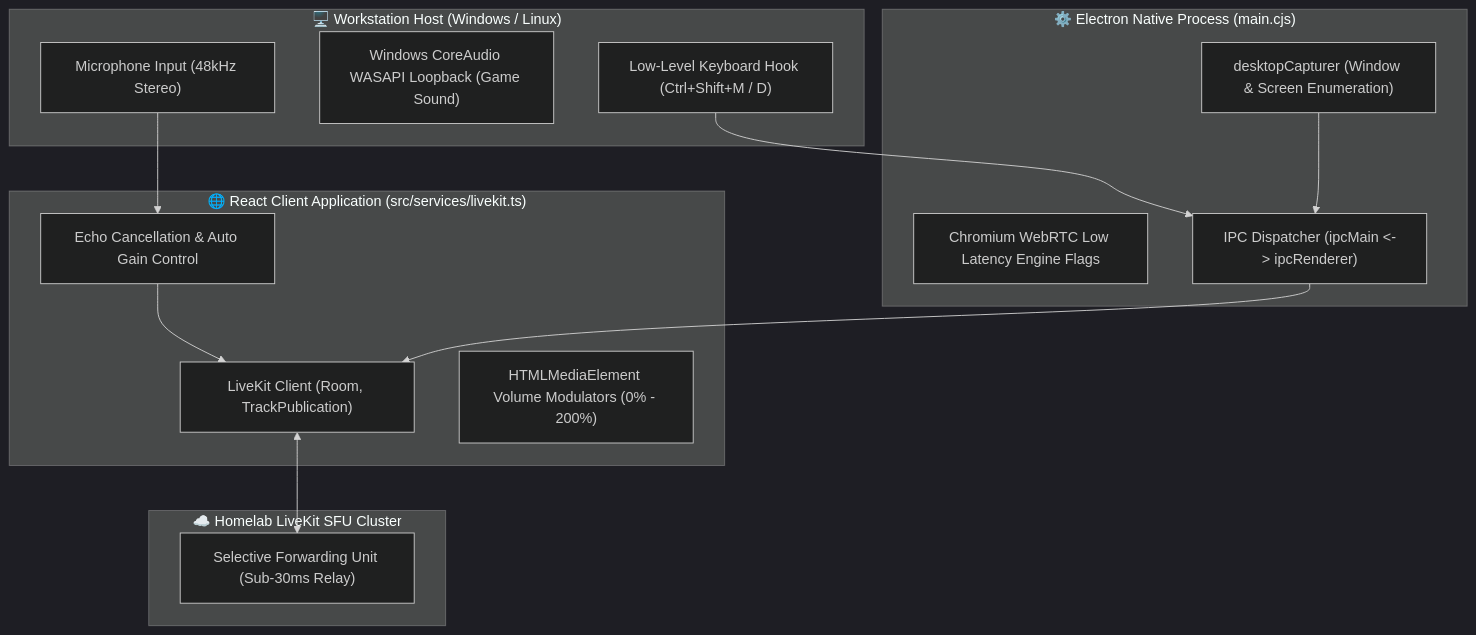
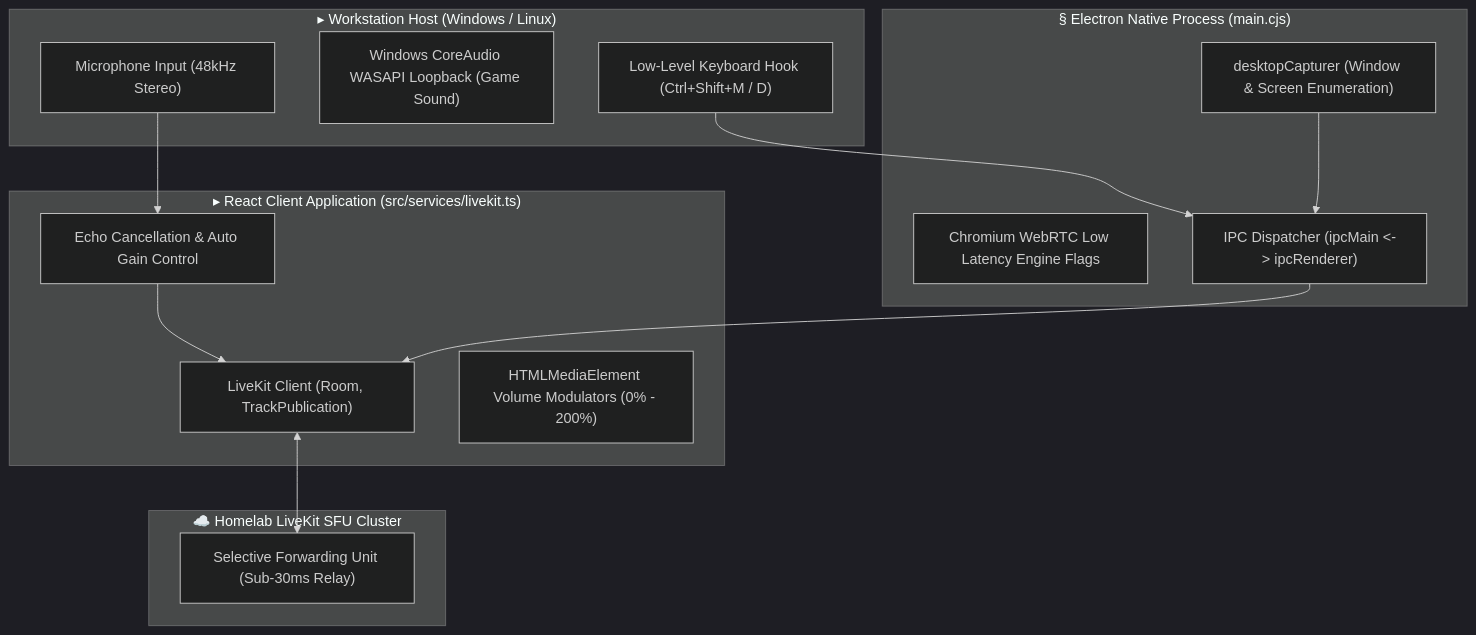
The diagram in docs/apps/protutechchat/integrations.md (IAndrexI/documentation), drawn with Mermaid (dark theme) before and after one commit. The commit also changed other lines of this file and 40 other files, not shown here.

Commit message:
feat: hide git stars/branches, collapse subcategories until tab selected, add high-res architecture SVG, auto-update script, basic monochrome glyphs, and line-by-line recreation blueprints with summaries

````diff
--- a/docs/apps/protutechchat/integrations.md
+++ b/docs/apps/protutechchat/integrations.md
@@ -7,31 +7,31 @@
 ```mermaid
 graph TD
-    subgraph HostSystem["🖥️ Workstation Host (Windows / Linux)"]
+    subgraph HostSystem["▸ Workstation Host (Windows / Linux)"]
         Mic["Microphone Input (48kHz Stereo)"]
         AudioLoopback["Windows CoreAudio WASAPI Loopback (Game Sound)"]
         KeyHook["Low-Level Keyboard Hook (Ctrl+Shift+M / D)"]
     end
 
-    subgraph ElectronHost["⚙️ Electron Native Process (main.cjs)"]
+    subgraph ElectronHost["§ Electron Native Process (main.cjs)"]
         Flags["Chromium WebRTC Low Latency Engine Flags"]
         Capturer["desktopCapturer (Window & Screen Enumeration)"]
         IPC["IPC Dispatcher (ipcMain <-> ipcRenderer)"]
         
         KeyHook --> IPC
         Capturer --> IPC
     end
 
-    subgraph BrowserApp["🌐 React Client Application (src/services/livekit.ts)"]
+    subgraph BrowserApp["▸ React Client Application (src/services/livekit.ts)"]
         LiveKitCore["LiveKit Client (Room, TrackPublication)"]
         AudioDSP["Echo Cancellation & Auto Gain Control"]
         AudioElements["HTMLMediaElement Volume Modulators (0% - 200%)"]
 
         IPC --> LiveKitCore
         Mic --> AudioDSP --> LiveKitCore
     end
 
     subgraph SFU["☁️ Homelab LiveKit SFU Cluster"]
         Relay["Selective Forwarding Unit (Sub-30ms Relay)"]
         LiveKitCore <--> Relay
     end
 ```
````
